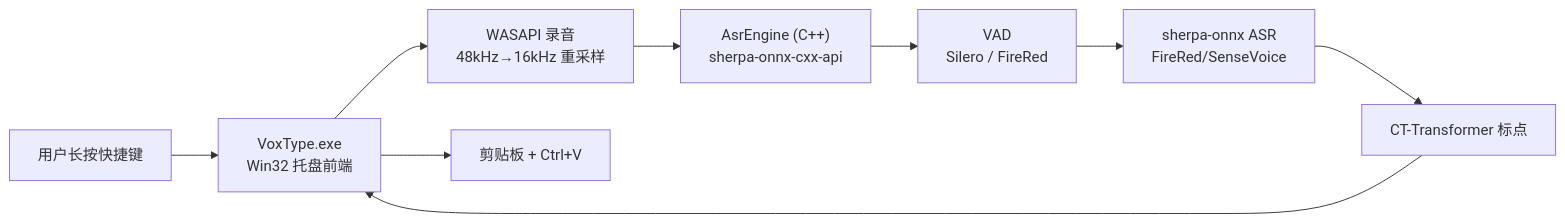
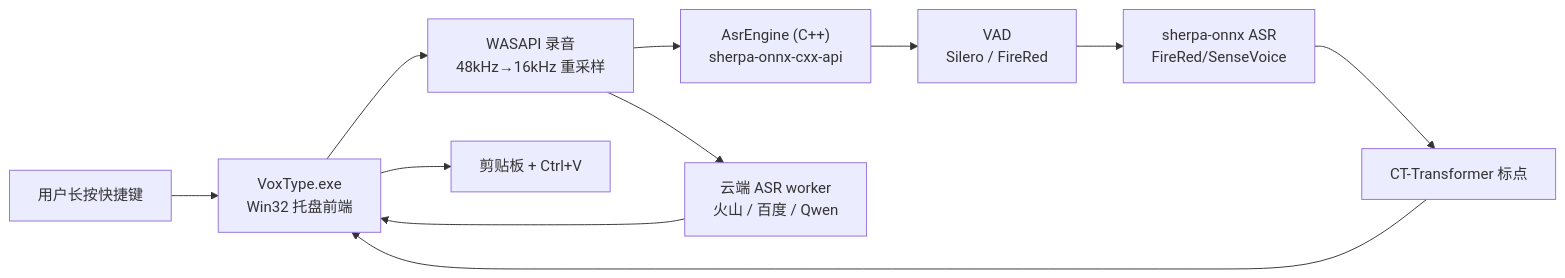
One commit to melody0709/Voice_LLM_ASR_Input changed the first of 2 diagrams in doc/ARCHITECTURE_zh.md. Above: the diagram before and after it, drawn with Mermaid. The commit also changed other lines of this file and 62 other files, not shown here.

````diff
--- a/doc/ARCHITECTURE_zh.md
+++ b/doc/ARCHITECTURE_zh.md
@@ -9,11 +9,13 @@
 ```mermaid
 flowchart LR
     User["用户长按快捷键"] --> Frontend["VoxType.exe<br/>Win32 托盘前端"]
     Frontend --> Recorder["WASAPI 录音<br/>48kHz→16kHz 重采样"]
     Recorder --> Engine["AsrEngine (C++)<br/>sherpa-onnx-cxx-api"]
+    Recorder --> Cloud["云端 ASR worker<br/>火山 / 百度 / Qwen"]
     Engine --> VAD["VAD<br/>Silero / FireRed"]
     VAD --> ASR["sherpa-onnx ASR<br/>FireRed/SenseVoice"]
     ASR --> Punct["CT-Transformer 标点"]
     Punct --> Frontend
+    Cloud --> Frontend
     Frontend --> Inject["剪贴板 + Ctrl+V"]
 ```
````
